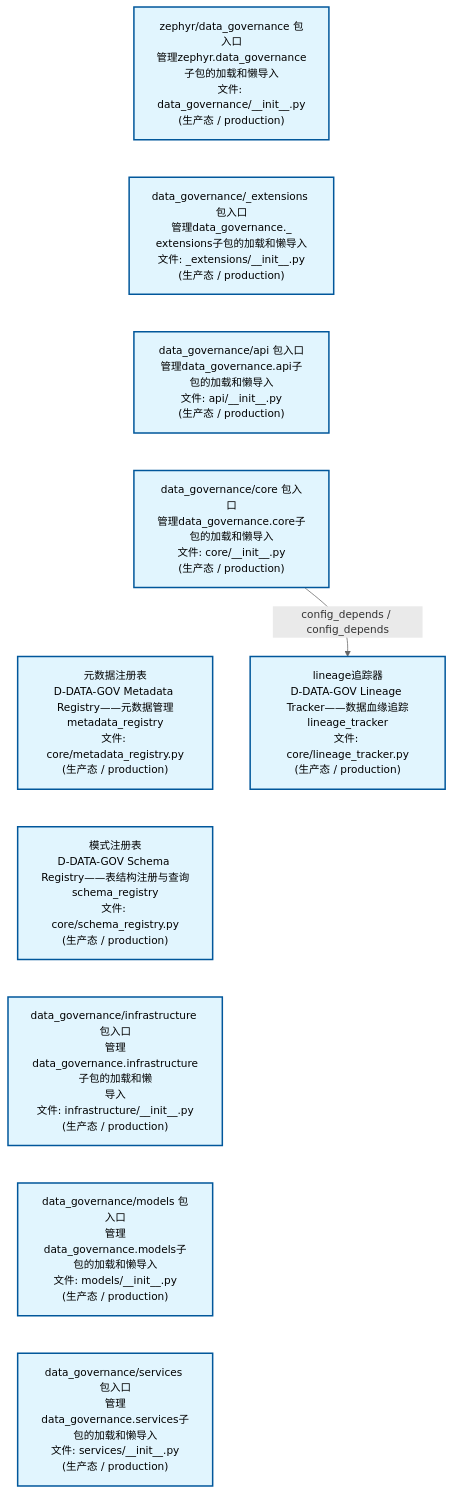
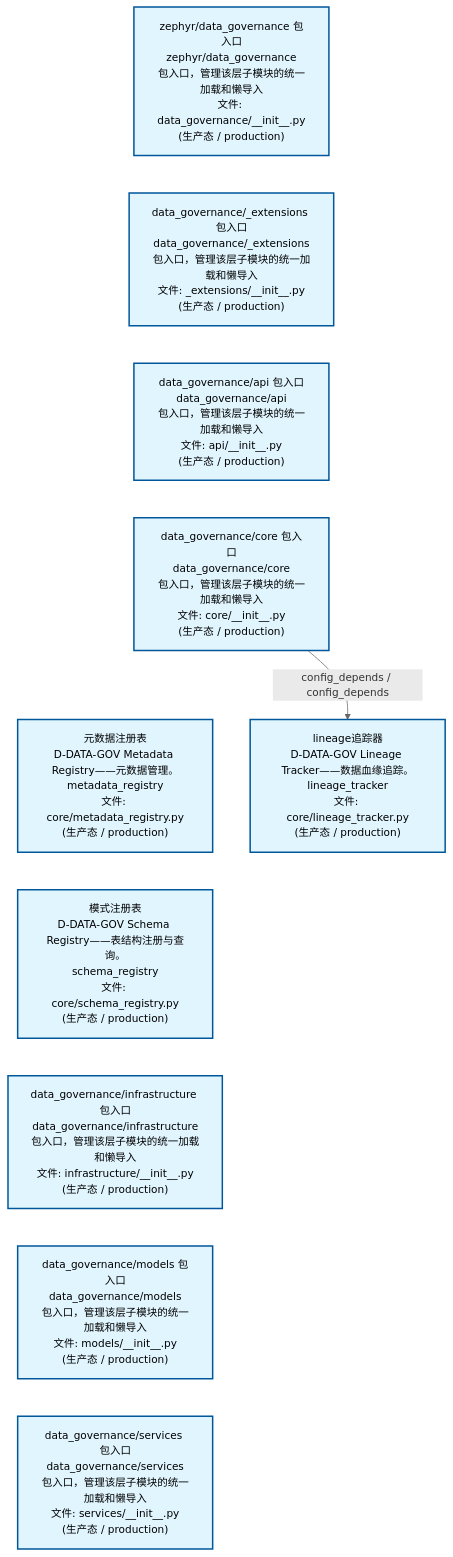
The first of 2 diagrams in docs/02_enterprise_architecture/02_domain_architecture_docs/13_d_data_gov.md (xuanFelixVan/ZephyrAlpha), drawn with Mermaid before and after one commit. The commit also changed other lines of this file and 58 other files, not shown here.

````diff
--- a/docs/02_enterprise_architecture/02_domain_architecture_docs/13_d_data_gov.md
+++ b/docs/02_enterprise_architecture/02_domain_architecture_docs/13_d_data_gov.md
@@ -53,28 +53,28 @@
 ```mermaid
 %%{init: {'theme': 'base', 'themeVariables': {'primaryColor': '#eaeaea', 'primaryTextColor': '#333333', 'primaryBorderColor': '#666666', 'lineColor': '#666666', 'secondaryColor': '#eaeaea', 'tertiaryColor': '#eaeaea', 'fontSize': '14px'}}}%%
 flowchart TD
-    src_zephyr_data_governance_init_py["zephyr/data_governance 包入口<br/>管理zephyr.data_governance子包的加载和懒导入<br/>文件: data_governance/__init__.py<br/>(生产态 / production)"]
-    src_zephyr_data_governance_extensions_init_py["data_governance/_extensions 包入口<br/>管理data_governance._<br/>extensions子包的加载和懒导入<br/>文件: _extensions/__init__.py<br/>(生产态 / production)"]
-    src_zephyr_data_governance_api_init_py["data_governance/api 包入口<br/>管理data_governance.api子包的加载和懒导入<br/>文件: api/__init__.py<br/>(生产态 / production)"]
-    src_zephyr_data_governance_core_init_py["data_governance/core 包入口<br/>管理data_governance.core子包的加载和懒导入<br/>文件: core/__init__.py<br/>(生产态 / production)"]
-    src_zephyr_data_governance_core_metadata_registry_py["元数据注册表<br/>D-DATA-GOV Metadata Registry——元数据管理<br/>metadata_registry<br/>文件: core/metadata_registry.py<br/>(生产态 / production)"]
-    src_zephyr_data_governance_core_schema_registry_py["模式注册表<br/>D-DATA-GOV Schema Registry——表结构注册与查询<br/>schema_registry<br/>文件: core/schema_registry.py<br/>(生产态 / production)"]
-    src_zephyr_data_governance_infrastructure_init_py["data_governance/infrastructure 包入口<br/>管理data_governance.infrastructure子包的加载和懒<br/>导入<br/>文件: infrastructure/__init__.py<br/>(生产态 / production)"]
-    src_zephyr_data_governance_models_init_py["data_governance/models 包入口<br/>管理data_governance.models子包的加载和懒导入<br/>文件: models/__init__.py<br/>(生产态 / production)"]
-    src_zephyr_data_governance_services_init_py["data_governance/services 包入口<br/>管理data_governance.services子包的加载和懒导入<br/>文件: services/__init__.py<br/>(生产态 / production)"]
+    src_zephyr_data_governance_init_py["zephyr/data_governance 包入口<br/>zephyr/data_governance<br/>包入口，管理该层子模块的统一加载和懒导入<br/>文件: data_governance/__init__.py<br/>(生产态 / production)"]
+    src_zephyr_data_governance_extensions_init_py["data_governance/_extensions 包入口<br/>data_governance/_extensions<br/>包入口，管理该层子模块的统一加载和懒导入<br/>文件: _extensions/__init__.py<br/>(生产态 / production)"]
+    src_zephyr_data_governance_api_init_py["data_governance/api 包入口<br/>data_governance/api<br/>包入口，管理该层子模块的统一加载和懒导入<br/>文件: api/__init__.py<br/>(生产态 / production)"]
+    src_zephyr_data_governance_core_init_py["data_governance/core 包入口<br/>data_governance/core<br/>包入口，管理该层子模块的统一加载和懒导入<br/>文件: core/__init__.py<br/>(生产态 / production)"]
+    src_zephyr_data_governance_core_metadata_registry_py["元数据注册表<br/>D-DATA-GOV Metadata Registry——元数据管理。<br/>metadata_registry<br/>文件: core/metadata_registry.py<br/>(生产态 / production)"]
+    src_zephyr_data_governance_core_schema_registry_py["模式注册表<br/>D-DATA-GOV Schema Registry——表结构注册与查询。<br/>schema_registry<br/>文件: core/schema_registry.py<br/>(生产态 / production)"]
+    src_zephyr_data_governance_infrastructure_init_py["data_governance/infrastructure 包入口<br/>data_governance/infrastructure<br/>包入口，管理该层子模块的统一加载和懒导入<br/>文件: infrastructure/__init__.py<br/>(生产态 / production)"]
+    src_zephyr_data_governance_models_init_py["data_governance/models 包入口<br/>data_governance/models<br/>包入口，管理该层子模块的统一加载和懒导入<br/>文件: models/__init__.py<br/>(生产态 / production)"]
+    src_zephyr_data_governance_services_init_py["data_governance/services 包入口<br/>data_governance/services<br/>包入口，管理该层子模块的统一加载和懒导入<br/>文件: services/__init__.py<br/>(生产态 / production)"]
     src_zephyr_data_governance_init_py ~~~ src_zephyr_data_governance_extensions_init_py
     src_zephyr_data_governance_extensions_init_py ~~~ src_zephyr_data_governance_api_init_py
     src_zephyr_data_governance_api_init_py ~~~ src_zephyr_data_governance_core_init_py
     src_zephyr_data_governance_core_init_py ~~~ src_zephyr_data_governance_core_metadata_registry_py
     src_zephyr_data_governance_core_metadata_registry_py ~~~ src_zephyr_data_governance_core_schema_registry_py
     src_zephyr_data_governance_core_schema_registry_py ~~~ src_zephyr_data_governance_infrastructure_init_py
     src_zephyr_data_governance_infrastructure_init_py ~~~ src_zephyr_data_governance_models_init_py
     src_zephyr_data_governance_models_init_py ~~~ src_zephyr_data_governance_services_init_py
-    src_zephyr_data_governance_core_lineage_tracker_py["lineage追踪器<br/>D-DATA-GOV Lineage Tracker——数据血缘追踪<br/>lineage_tracker<br/>文件: core/lineage_tracker.py<br/>(生产态 / production)"]
+    src_zephyr_data_governance_core_lineage_tracker_py["lineage追踪器<br/>D-DATA-GOV Lineage Tracker——数据血缘追踪。<br/>lineage_tracker<br/>文件: core/lineage_tracker.py<br/>(生产态 / production)"]
     src_zephyr_data_governance_core_init_py -->|config_depends / config_depends| src_zephyr_data_governance_core_lineage_tracker_py
     classDef production fill:#e1f5fe,stroke:#01579b,stroke-width:2px,color:#000
     classDef design fill:#fff3e0,stroke:#e65100,stroke-width:2px,color:#000,stroke-dasharray: 5 5
     classDef external_prod fill:#e8f4fd,stroke:#0277bd,stroke-width:1px,color:#000
     classDef external_design fill:#fff8e7,stroke:#ef6c00,stroke-width:1px,color:#000,stroke-dasharray: 5 5
     class src_zephyr_data_governance_init_py,src_zephyr_data_governance_extensions_init_py,src_zephyr_data_governance_api_init_py,src_zephyr_data_governance_core_init_py,src_zephyr_data_governance_core_lineage_tracker_py,src_zephyr_data_governance_core_metadata_registry_py,src_zephyr_data_governance_core_schema_registry_py,src_zephyr_data_governance_infrastructure_init_py,src_zephyr_data_governance_models_init_py,src_zephyr_data_governance_services_init_py production
 ```
````
